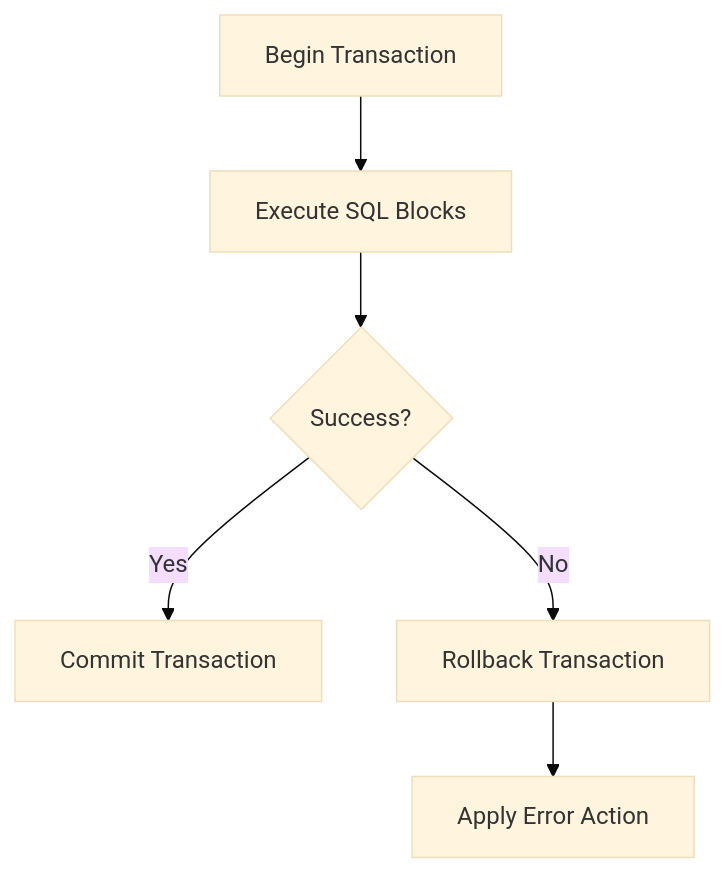
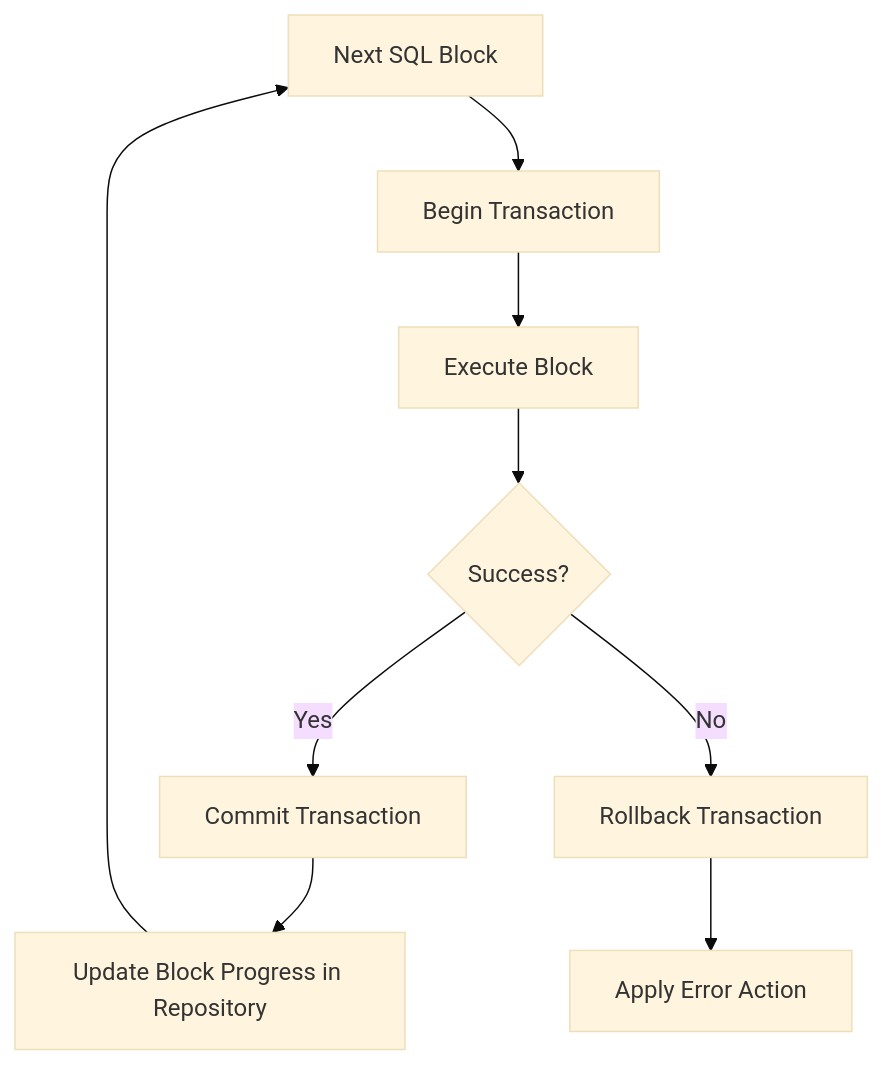
The sixth of 6 diagrams in Docs/02-core-concepts/error-handling.md (RAYCOON/RayMigrator), drawn with Mermaid (base theme) before and after one commit. The commit also changed other lines of this file and 29 other files, not shown here.

````diff
--- a/Docs/02-core-concepts/error-handling.md
+++ b/Docs/02-core-concepts/error-handling.md
@@ -424,8 +424,11 @@
 ```mermaid
 flowchart TD
-    A[Begin Transaction] --> B[Execute SQL Blocks]
-    B --> C{Success?}
-    C -->|Yes| D[Commit Transaction]
-    C -->|No| E[Rollback Transaction]
-    E --> F[Apply Error Action]
+    A[Next SQL Block] --> B[Begin Transaction]
+    B --> C[Execute Block]
+    C --> D{Success?}
+    D -->|Yes| E[Commit Transaction]
+    E --> F[Update Block Progress in Repository]
+    F --> A
+    D -->|No| G[Rollback Transaction]
+    G --> H[Apply Error Action]
 ```
````
